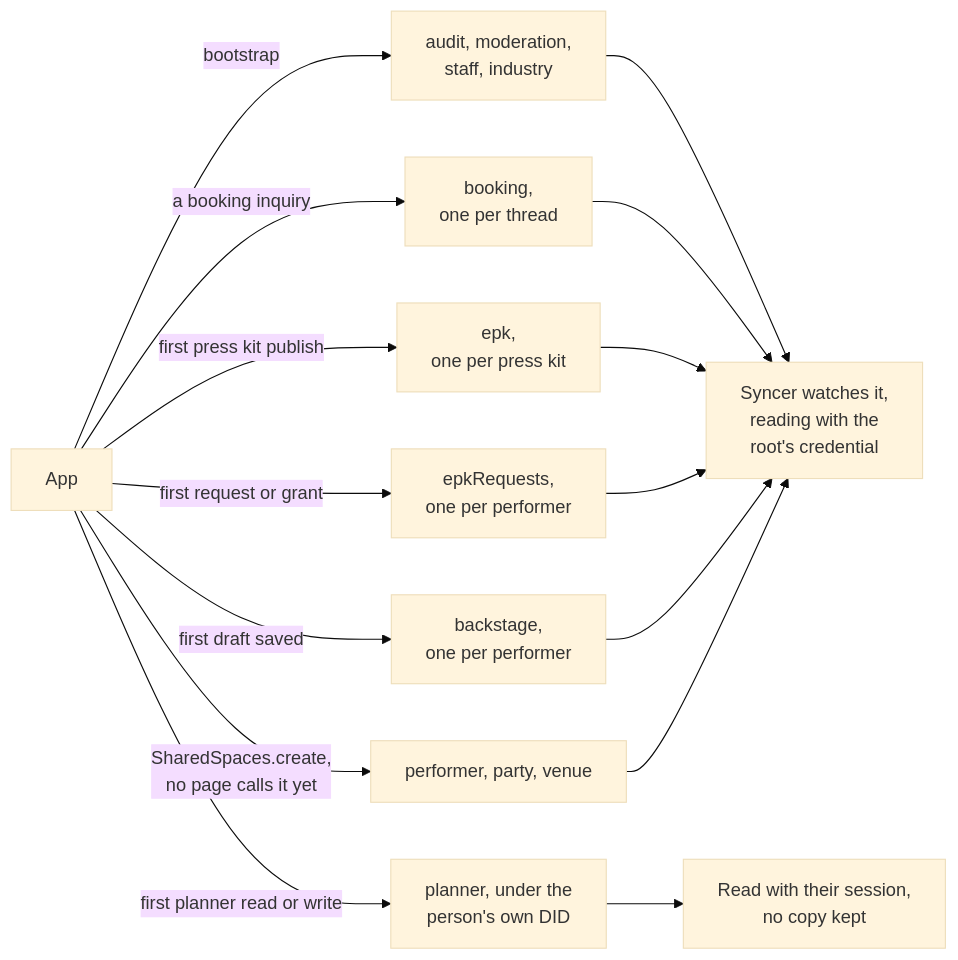
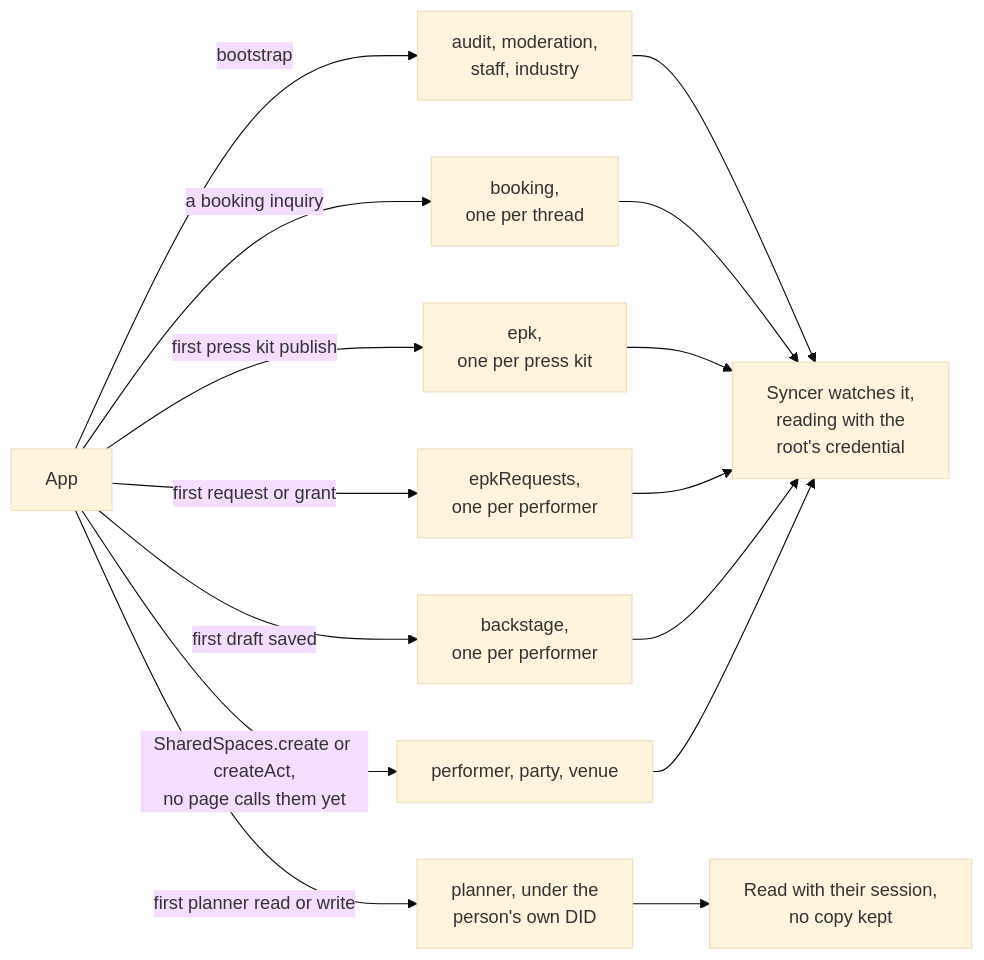
One commit to cutenode/localnetwork changed the first of 8 diagrams in apps/web/docs/diagrams/spaces.md. Above: the diagram before and after it, drawn with Mermaid (base theme). The commit also changed other lines of this file and 31 other files, not shown here.

First line of the commit message:
feat(web): add performers to shared spaces, with booking details kept apart

````diff
--- a/apps/web/docs/diagrams/spaces.md
+++ b/apps/web/docs/diagrams/spaces.md
@@ -18,18 +18,18 @@
 ```mermaid
 flowchart LR
   App["App"]
   App -- "bootstrap" --> Four["audit, moderation,<br/>staff, industry"]
   App -- "a booking inquiry" --> Booking["booking,<br/>one per thread"]
   App -- "first press kit publish" --> Epk["epk,<br/>one per press kit"]
   App -- "first request or grant" --> Requests["epkRequests,<br/>one per performer"]
   App -- "first draft saved" --> Backstage["backstage,<br/>one per performer"]
-  App -- "SharedSpaces.create,<br/>no page calls it yet" --> Shared["performer, party, venue"]
+  App -- "SharedSpaces.create or createAct,<br/>no page calls them yet" --> Shared["performer, party, venue"]
   App -- "first planner read or write" --> Planner["planner, under the<br/>person's own DID"]
   Four --> Watch["Syncer watches it,<br/>reading with the<br/>root's credential"]
   Booking --> Watch
   Epk --> Watch
   Requests --> Watch
   Backstage --> Watch
   Shared --> Watch
   Planner --> Session["Read with their session,<br/>no copy kept"]
 ```
````
